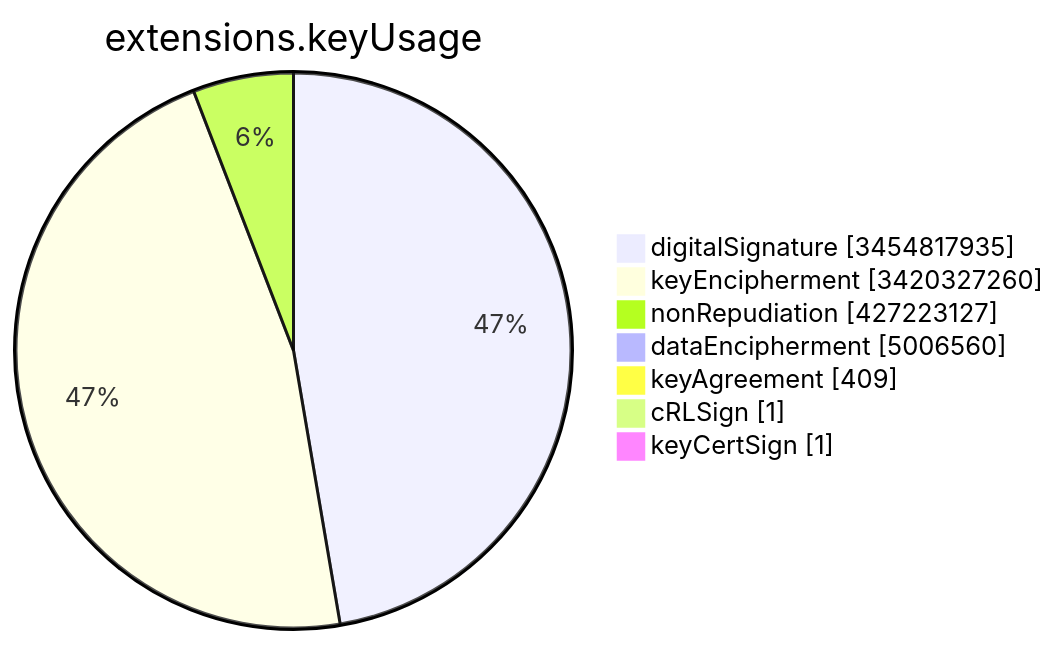
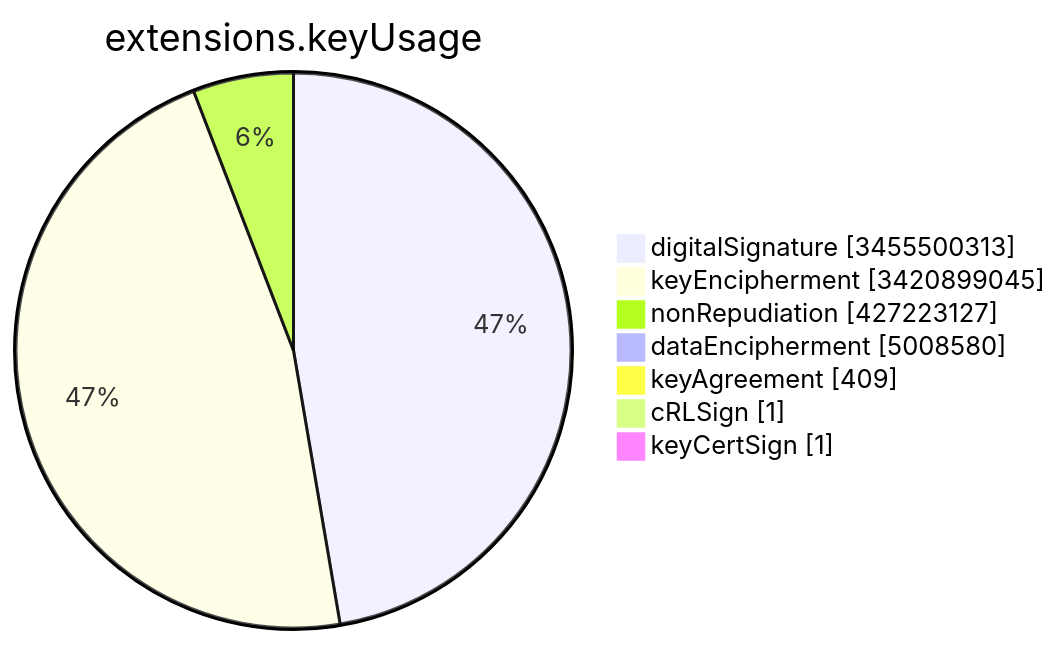
One commit to christiankrug/ctmonitor_visualization changed the sixth of 15 diagrams in TOTAL/README.md. Above: the diagram before and after it, drawn with Mermaid. The commit also changed other lines of this file, not shown here.

````diff
--- a/TOTAL/README.md
+++ b/TOTAL/README.md
@@ -3082,11 +3082,11 @@
 ```mermaid
 pie showData
 title extensions.keyUsage
-"digitalSignature" :3454817935
-"keyEncipherment" :3420327260
+"digitalSignature" :3455500313
+"keyEncipherment" :3420899045
 "nonRepudiation" :427223127
-"dataEncipherment" :5006560
+"dataEncipherment" :5008580
 "keyAgreement" :409
 "cRLSign" :1
 "keyCertSign" :1
 ```
````
